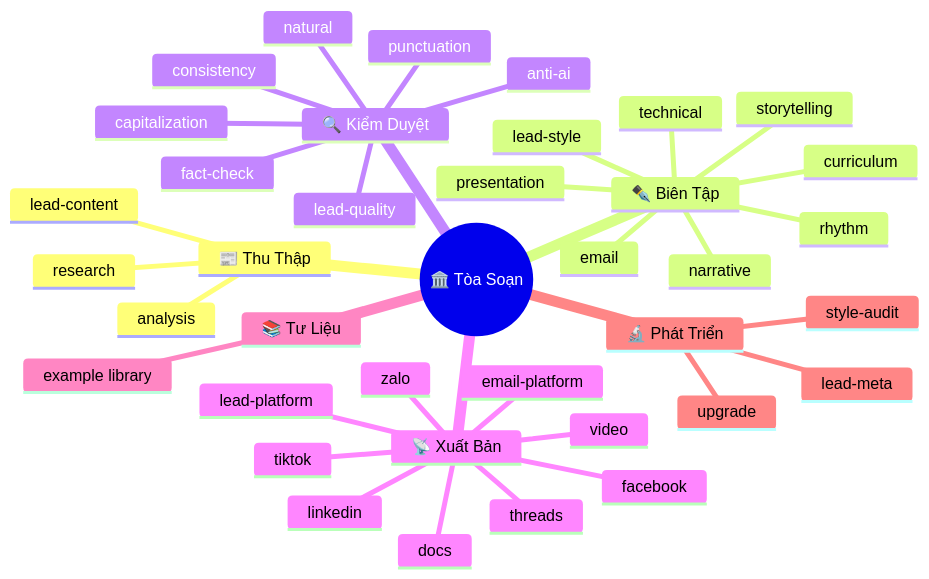
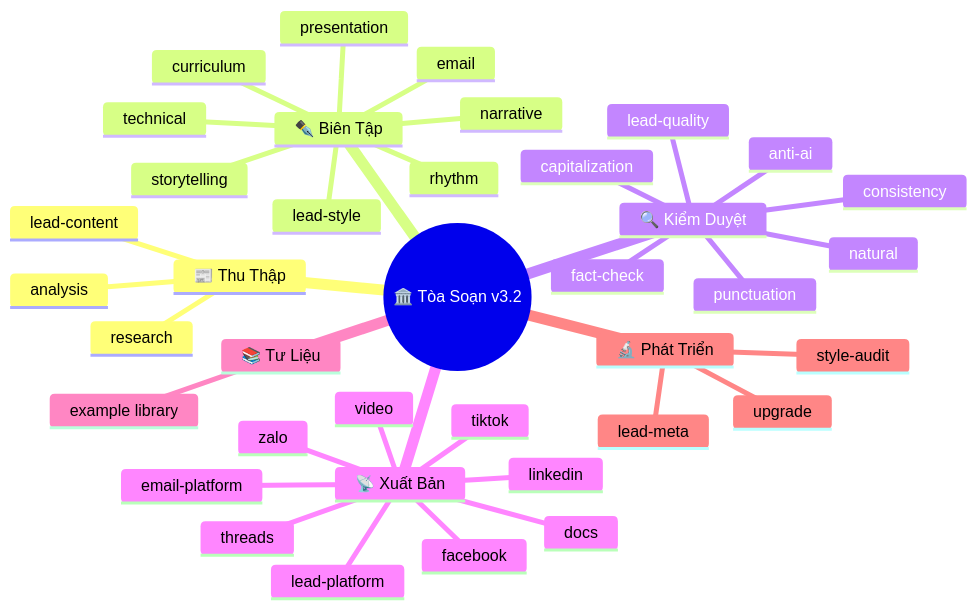
One commit to xaotiensinh-abm/viet-chuyen-nghiep changed the third of 8 diagrams in README.md. Above: the diagram before and after it, drawn with Mermaid. The commit also changed other lines of this file, not shown here.

Commit message:
docs: Update README.md for v3.2 — new pipelines, workers, fiction spotlight, architecture diagrams

````diff
--- a/README.md
+++ b/README.md
@@ -149,41 +180,41 @@
 ```mermaid
 mindmap
-  root((🏛️ Tòa Soạn))
+  root((🏛️ Tòa Soạn v3.2))
     📰 Thu Thập
       lead-content
       research
       analysis
     ✒️ Biên Tập
       lead-style
       storytelling
       rhythm
       narrative
       presentation
       technical
       email
       curriculum
     🔍 Kiểm Duyệt
       lead-quality
       punctuation
       capitalization
       natural
       anti-ai
       fact-check
       consistency
     📡 Xuất Bản
       lead-platform
       facebook
       tiktok
       linkedin
       video
       email-platform
       zalo
       threads
       docs
     📚 Tư Liệu
       example library
     🔬 Phát Triển
       lead-meta
       upgrade
       style-audit
 ```
````
